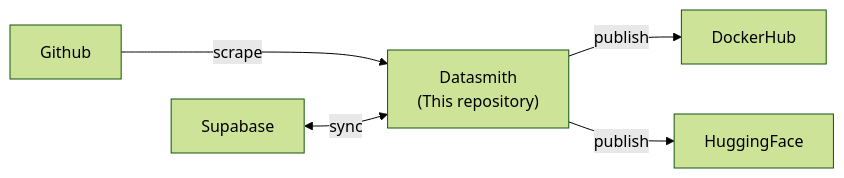
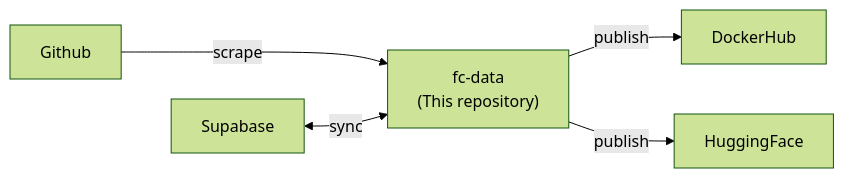
One commit to formula-code/datasmith changed the diagram in README.md. Above: the diagram before and after it, drawn with Mermaid (forest theme). The commit also changed other lines of this file and 11 other files, not shown here.

````diff
--- a/README.md
+++ b/README.md
@@ -24,14 +24,14 @@
 ```mermaid
 graph LR
     A --->|scrape| B
     A2 <-->|sync| B
     B -->|publish| C
     B -->|publish| D
 
     A[Github]
     A2[Supabase]
-    B["`Datasmith
+    B["`fc-data
     (This repository)`"]
     C[DockerHub]
     D[HuggingFace]
 ```
````
